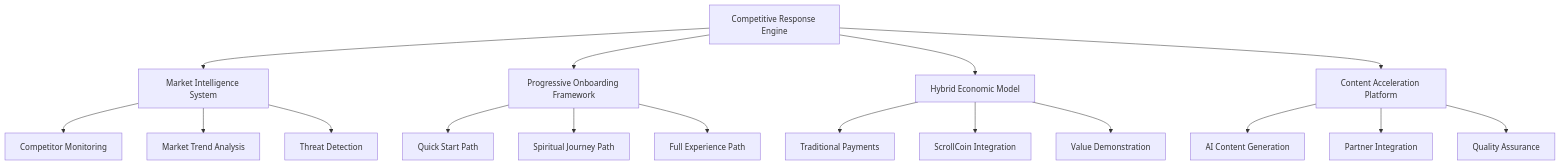
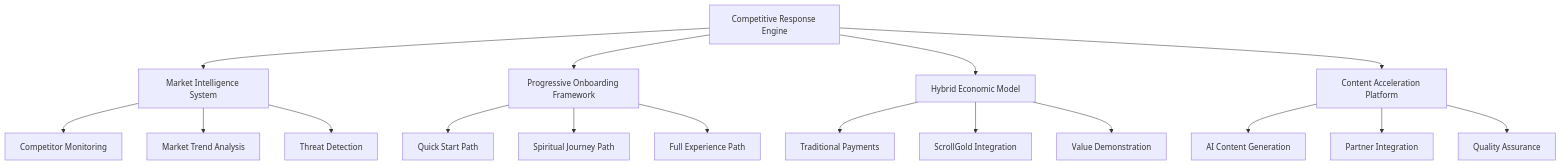
Before and after one commit to stanleymay20/zion-scroll-forge: the first of 2 diagrams in .kiro/specs/scroll-competitive-response-strategy/design.md, drawn with Mermaid. The commit also changed other lines of this file and 1853 other files, not shown here.

````diff
--- a/.kiro/specs/scroll-competitive-response-strategy/design.md
+++ b/.kiro/specs/scroll-competitive-response-strategy/design.md
@@ -14,23 +14,23 @@
 ```mermaid
 graph TB
     A[Competitive Response Engine] --> B[Market Intelligence System]
     A --> C[Progressive Onboarding Framework]
     A --> D[Hybrid Economic Model]
     A --> E[Content Acceleration Platform]
     
     B --> F[Competitor Monitoring]
     B --> G[Market Trend Analysis]
     B --> H[Threat Detection]
     
     C --> I[Quick Start Path]
     C --> J[Spiritual Journey Path]
     C --> K[Full Experience Path]
     
     D --> L[Traditional Payments]
-    D --> M[ScrollCoin Integration]
+    D --> M[ScrollGold Integration]
     D --> N[Value Demonstration]
     
     E --> O[AI Content Generation]
     E --> P[Partner Integration]
     E --> Q[Quality Assurance]
 ```
````
